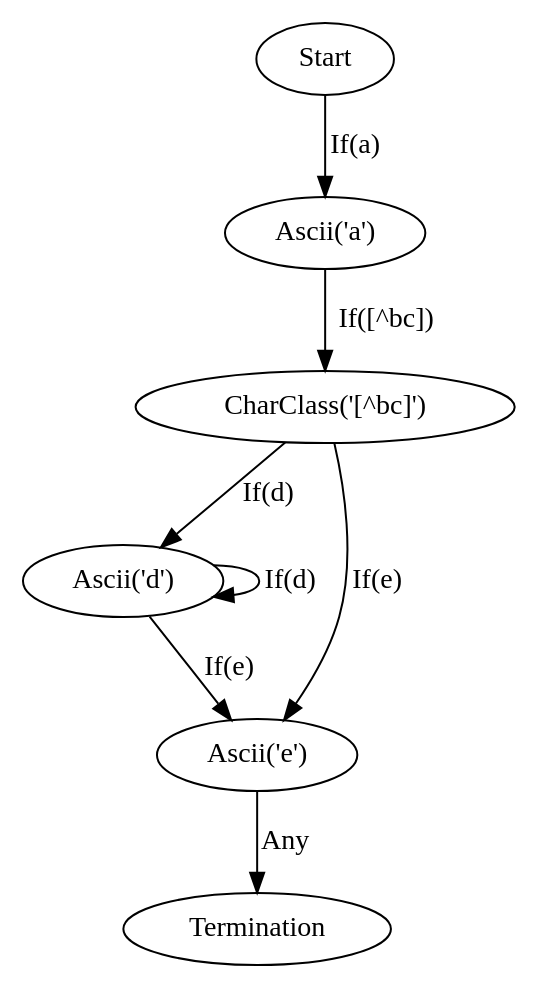
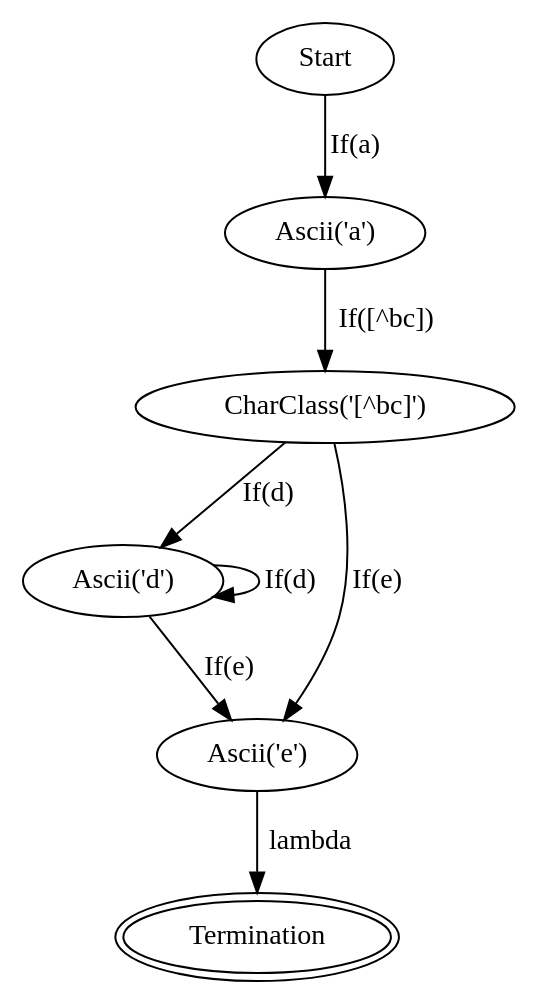
Before and after one commit to kerfmanner/Regex_FSM: the diagram in examples/pattern0.dot, drawn with Graphviz. The commit also changed 12 other files, not shown here.

```diff
--- a/examples/pattern0.dot
+++ b/examples/pattern0.dot
@@ -1,15 +1,15 @@
 digraph FSM {
 node0 [label="Start"];
 node0 -> node1 [label="If(a)"];
 node1 [label="Ascii('a')"];
 node1 -> node2 [label="If([^bc])"];
 node2 [label="CharClass('[^bc]')"];
 node2 -> node3 [label="If(d)"];
 node2 -> node4 [label="If(e)"];
 node3 [label="Ascii('d')"];
 node3 -> node3 [label="If(d)"];
 node3 -> node4 [label="If(e)"];
 node4 [label="Ascii('e')"];
-node4 -> node5 [label="Any"];
-node5 [label="Termination"];
+node4 -> node5 [label="lambda"];
+node5 [label="Termination", peripheries=2];
 }
```
